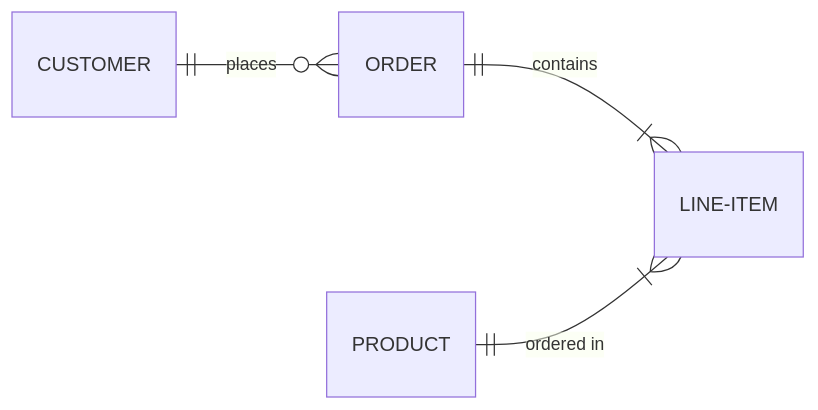
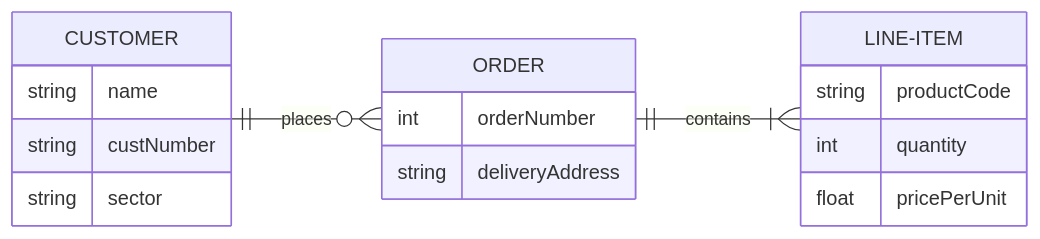
Before and after one commit to teachingai/full-stack-skills: diagram 11 of 17 in skills/mermaid/examples/er.md, drawn with Mermaid. The commit also changed other lines of this file and 21 other files, not shown here.

First line of the commit message:
docs(mermaid): 更新架构、块、C4和类图示例文档

````diff
--- a/skills/mermaid/examples/er.md
+++ b/skills/mermaid/examples/er.md
@@ -131,7 +198,20 @@
 ```mermaid
 erDiagram
     direction LR
     CUSTOMER ||--o{ ORDER : places
+    CUSTOMER {
+        string name
+        string custNumber
+        string sector
+    }
     ORDER ||--|{ LINE-ITEM : contains
-    PRODUCT ||--|{ LINE-ITEM : "ordered in"
+    ORDER {
+        int orderNumber
+        string deliveryAddress
+    }
+    LINE-ITEM {
+        string productCode
+        int quantity
+        float pricePerUnit
+    }
 ```
````
